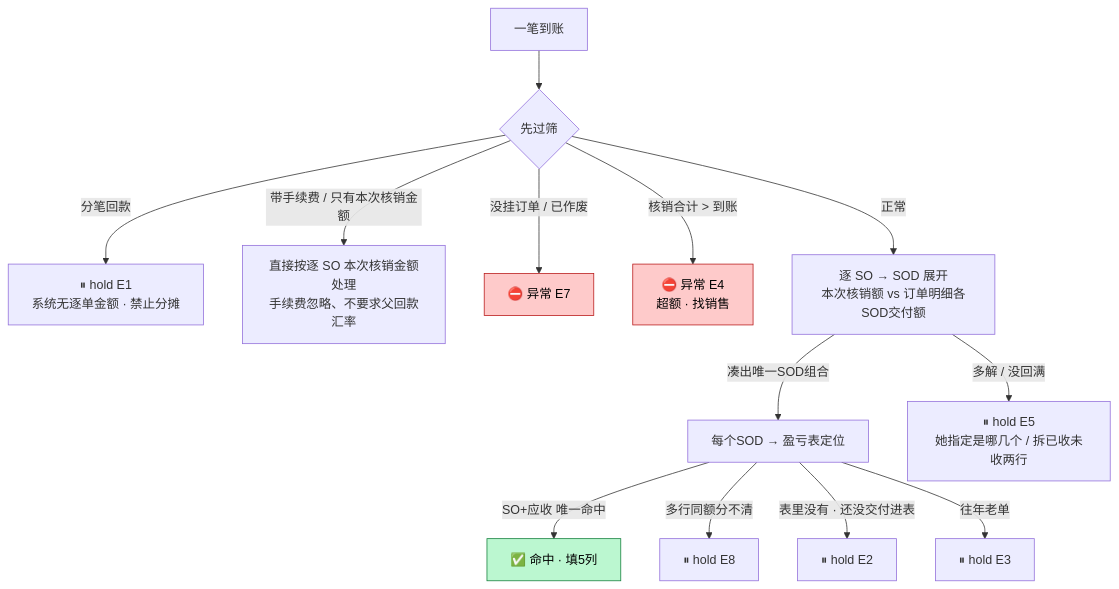
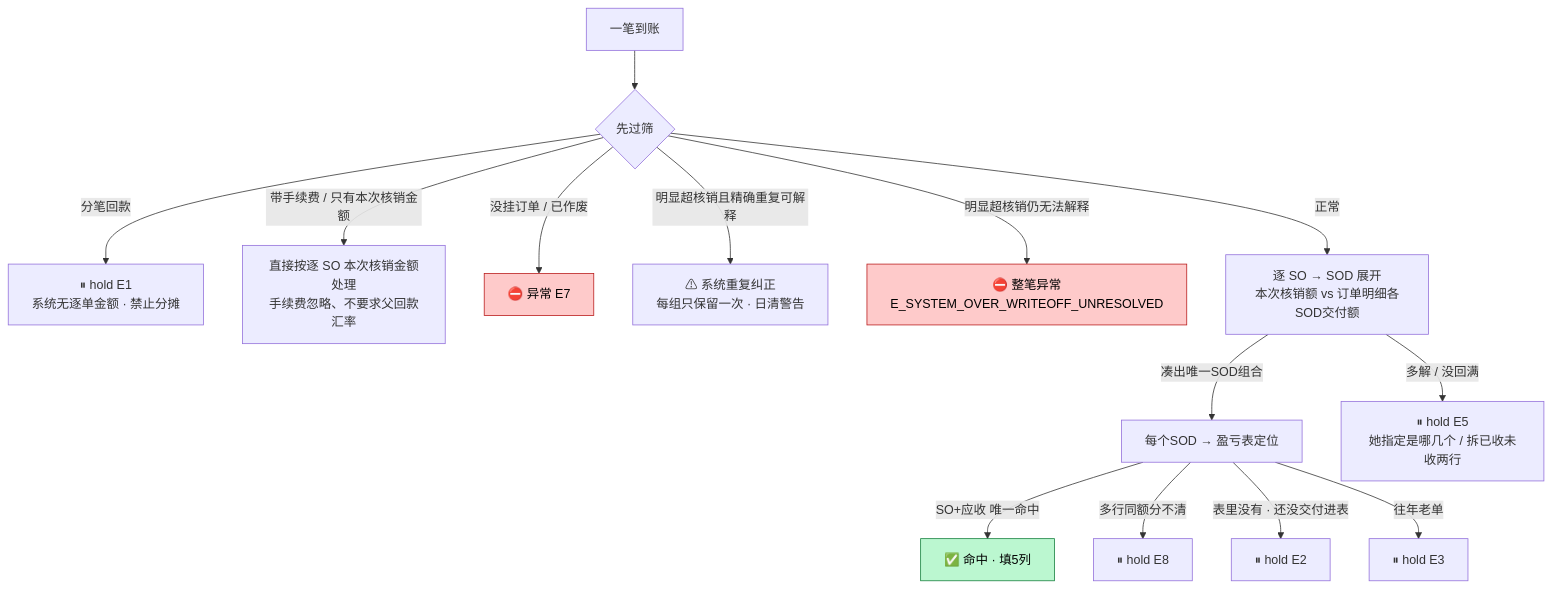
One commit to EvanLee2004/finance-skills changed the second of 2 diagrams in skills/ar-hexiao-daily/README.md. Above: the diagram before and after it, drawn with Mermaid. The commit also changed other lines of this file and 18 other files, not shown here.

````diff
--- a/skills/ar-hexiao-daily/README.md
+++ b/skills/ar-hexiao-daily/README.md
@@ -100,19 +104,20 @@
 ```mermaid
 flowchart TD
     P["一笔到账"] --> Q{"先过筛"}
     Q -->|"分笔回款"| E1["⏸ hold E1<br/>系统无逐单金额 · 禁止分摊"]
     Q -->|"带手续费 / 只有本次核销金额"| EF["直接按逐 SO 本次核销金额处理<br/>手续费忽略、不要求父回款汇率"]
     Q -->|"没挂订单 / 已作废"| E7["⛔ 异常 E7"]
-    Q -->|"核销合计 > 到账"| E4["⛔ 异常 E4<br/>超额 · 找销售"]
+    Q -->|"明显超核销且精确重复可解释"| DUP["⚠ 系统重复纠正<br/>每组只保留一次 · 日清警告"]
+    Q -->|"明显超核销仍无法解释"| E4["⛔ 整笔异常<br/>E_SYSTEM_OVER_WRITEOFF_UNRESOLVED"]
     Q -->|"正常"| SO["逐 SO → SOD 展开<br/>本次核销额 vs 订单明细各SOD交付额"]
     SO -->|"凑出唯一SOD组合"| LOC["每个SOD → 盈亏表定位"]
     SO -->|"多解 / 没回满"| E5["⏸ hold E5<br/>她指定是哪几个 / 拆已收未收两行"]
     LOC -->|"SO+应收 唯一命中"| HIT["✅ 命中 · 填5列"]
     LOC -->|"多行同额分不清"| E8["⏸ hold E8"]
     LOC -->|"表里没有 · 还没交付进表"| E2["⏸ hold E2"]
     LOC -->|"往年老单"| E3["⏸ hold E3"]
 
     style HIT fill:#bbf7d0,stroke:#15803d,color:#000
     style E4 fill:#fecaca,stroke:#b91c1c,color:#000
     style E7 fill:#fecaca,stroke:#b91c1c,color:#000
 ```
````
